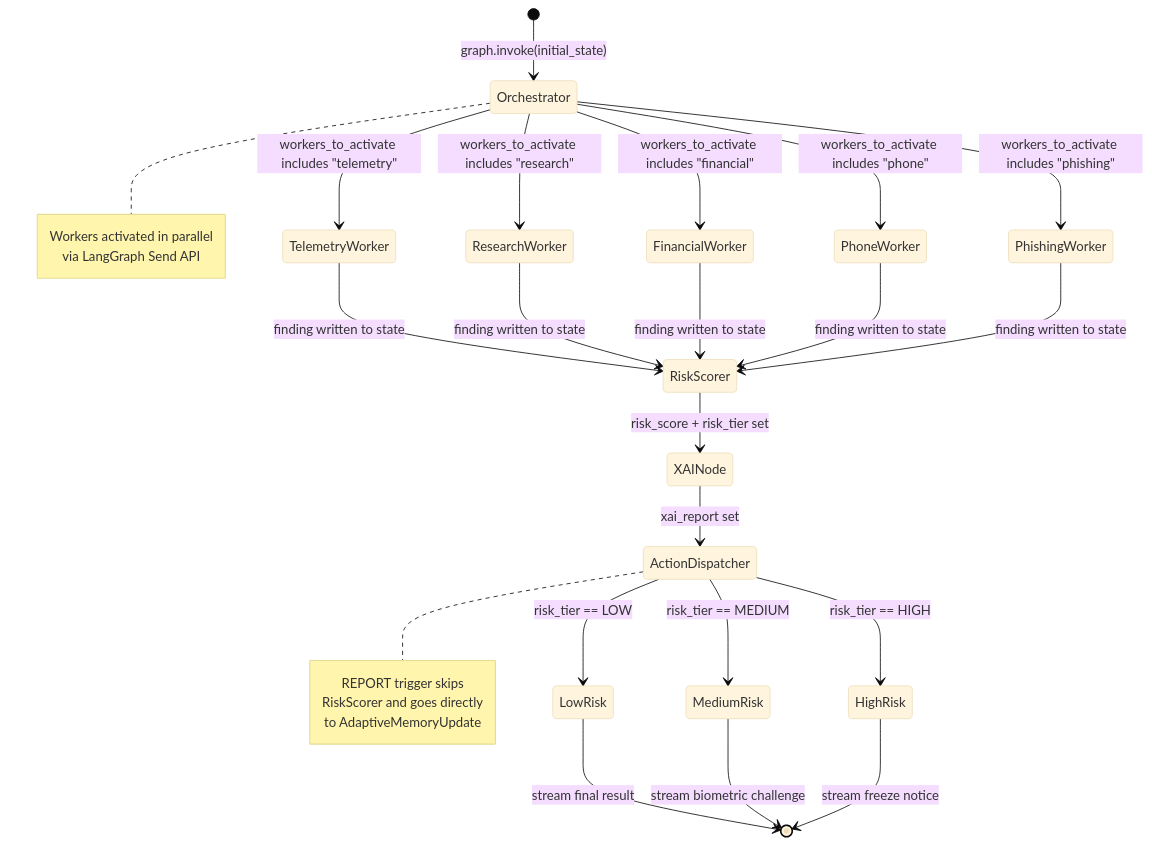
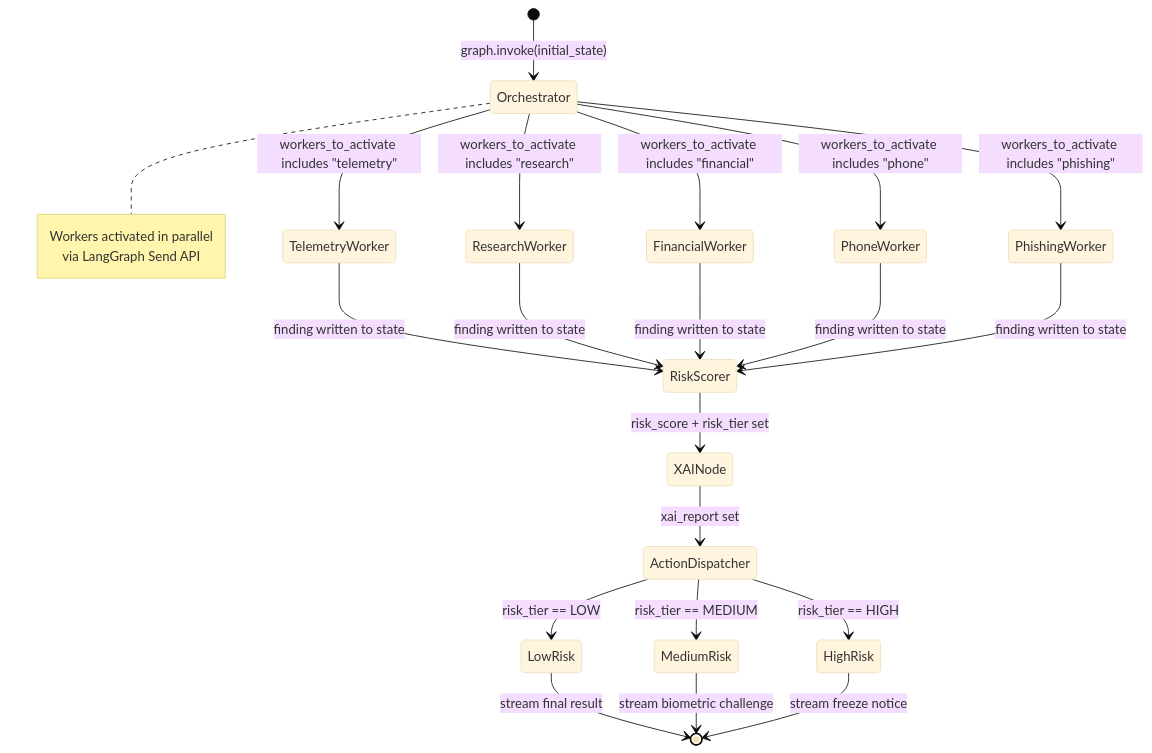
Before and after one commit to yx-05/Transafe: the first of 3 diagrams in doc/03_agent_flow.md, drawn with Mermaid (base theme). The commit also changed other lines of this file and 80 other files, not shown here.

````diff
--- a/doc/03_agent_flow.md
+++ b/doc/03_agent_flow.md
@@ -114,39 +114,33 @@
 ```mermaid
 stateDiagram-v2
     [*] --> Orchestrator : graph.invoke(initial_state)
 
     Orchestrator --> TelemetryWorker : workers_to_activate includes "telemetry"
     Orchestrator --> ResearchWorker : workers_to_activate includes "research"
     Orchestrator --> FinancialWorker : workers_to_activate includes "financial"
     Orchestrator --> PhoneWorker : workers_to_activate includes "phone"
     Orchestrator --> PhishingWorker : workers_to_activate includes "phishing"
 
     TelemetryWorker --> RiskScorer : finding written to state
     ResearchWorker --> RiskScorer : finding written to state
     FinancialWorker --> RiskScorer : finding written to state
     PhoneWorker --> RiskScorer : finding written to state
     PhishingWorker --> RiskScorer : finding written to state
 
     RiskScorer --> XAINode : risk_score + risk_tier set
 
     XAINode --> ActionDispatcher : xai_report set
 
     ActionDispatcher --> LowRisk : risk_tier == LOW
     ActionDispatcher --> MediumRisk : risk_tier == MEDIUM
     ActionDispatcher --> HighRisk : risk_tier == HIGH
 
     LowRisk --> [*] : stream final result
     MediumRisk --> [*] : stream biometric challenge
     HighRisk --> [*] : stream freeze notice
 
     note right of Orchestrator
         Workers activated in parallel
         via LangGraph Send API
     end note
-
-    note right of ActionDispatcher
-        REPORT trigger skips
-        RiskScorer and goes directly
-        to AdaptiveMemoryUpdate
-    end note
 ```
````
